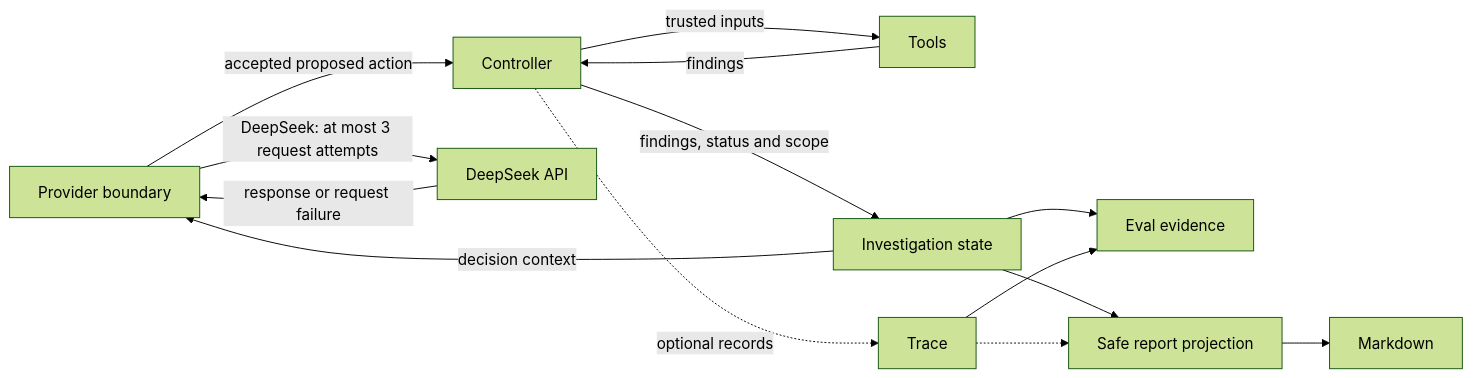
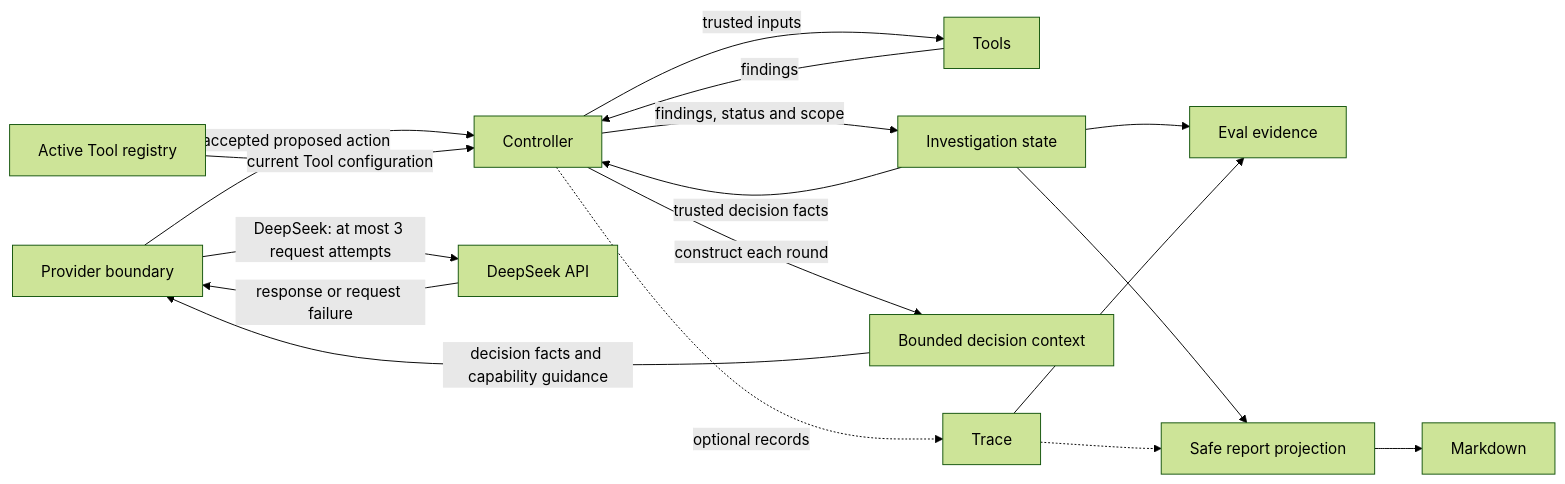
The diagram in README.md (L1225777/game-logic-qa-agent), drawn with Mermaid (forest theme) before and after one commit. The commit also changed other lines of this file and 12 other files, not shown here.

Commit message:
Add bounded provider decision context

````diff
--- a/README.md
+++ b/README.md
@@ -140,16 +141,19 @@
 ```mermaid
 flowchart LR
     Provider[Provider boundary] -->|accepted proposed action| Controller
     Provider -->|DeepSeek: at most 3 request attempts| DeepSeek[DeepSeek API]
     DeepSeek -->|response or request failure| Provider
     Controller -->|trusted inputs| Tools
     Tools -->|findings| Controller
     Controller -->|findings, status and scope| State[Investigation state]
-    State -->|decision context| Provider
+    State -->|trusted decision facts| Controller
+    Registry[Active Tool registry] -->|current Tool configuration| Controller
+    Controller -->|construct each round| Context[Bounded decision context]
+    Context -->|decision facts and capability guidance| Provider
     Controller -.->|optional records| Trace
     State --> Eval[Eval evidence]
     Trace --> Eval
     State --> Report[Safe report projection]
     Trace -.-> Report
     Report --> Markdown
 ```
````
